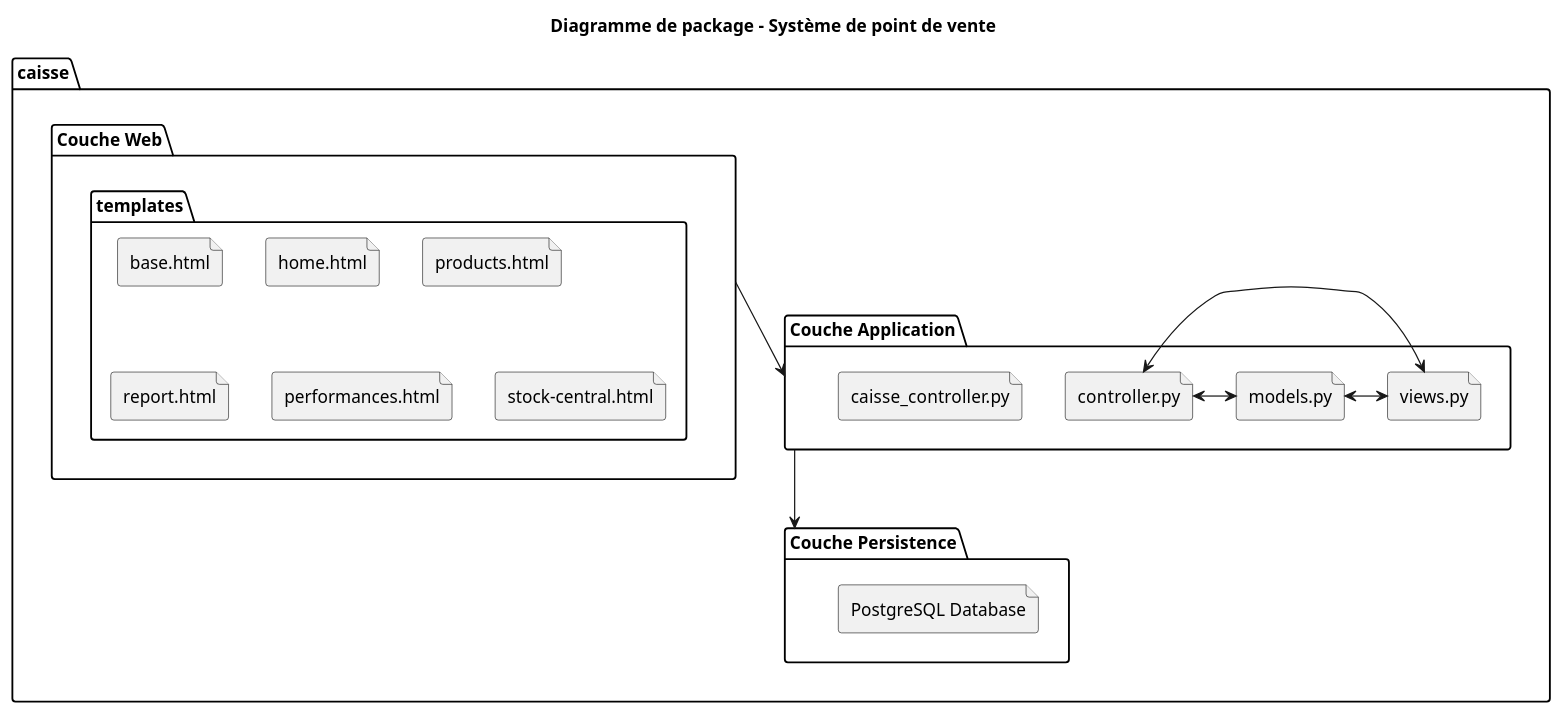
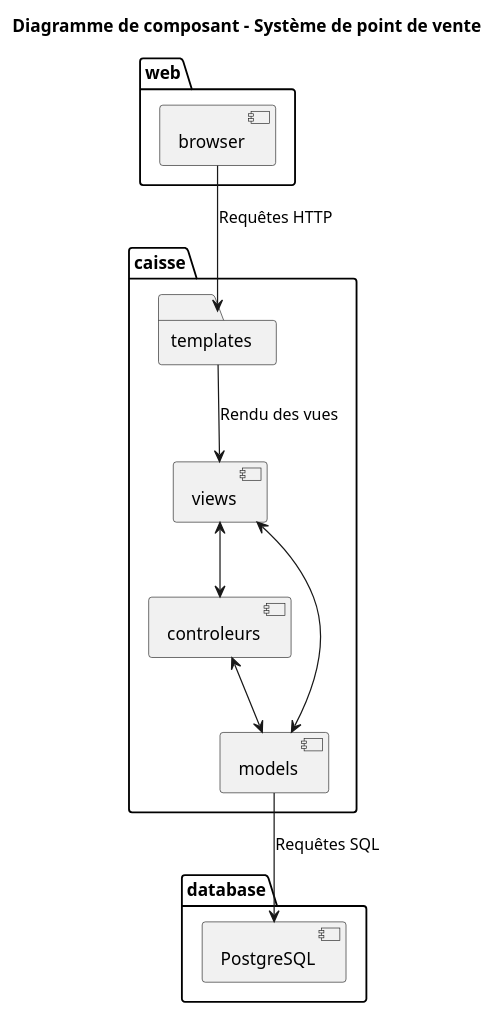
One commit to LojanArunasalam/LOG430-Lab2 changed the diagram in docs/diagrams/package_diagram.puml. Above: the diagram before and after it, drawn with PlantUML. The commit also changed 2 other files, not shown here.

```diff
--- a/docs/diagrams/package_diagram.puml
+++ b/docs/diagrams/package_diagram.puml
@@ -1,40 +1,31 @@
 @startuml
 hide circle
 hide members
 top to bottom direction
-title Diagramme de package - Système de point de vente
+title Diagramme de composant - Système de point de vente
 
+package "web" { 
+    component browser
+}
 
 package caisse {
 
-    package "Couche Web" {
-        folder templates {
-            file "base.html"
-            file "home.html"
-            file "products.html"
-            file "report.html"
-            file "performances.html"
-            file "stock-central.html"
-        }
-    }
-
-    package "Couche Application" {
-        file "views.py"
-        file "controller.py"
-        file "models.py"
-        file "caisse_controller.py"
-    }
-
-    package "Couche Persistence" {
-        file "PostgreSQL Database"
-    }
+    folder "templates"
+    component "views"
+    component "controleurs"
+    component "models"
+    
+}
+package "database" {
+    component "PostgreSQL"
 }
 
+browser --> templates : "Requêtes HTTP" 
+models --> PostgreSQL : "Requêtes SQL"
 
-"controller.py" <-> "views.py"
-"controller.py" <-> "models.py"
-"models.py" <-> "views.py"
+views <--> controleurs
+controleurs <--> models
+models <--> views
 
-"Couche Web" --> "Couche Application"
-"Couche Application" --> "Couche Persistence"
+templates --> views : "Rendu des vues"
 @enduml
```
